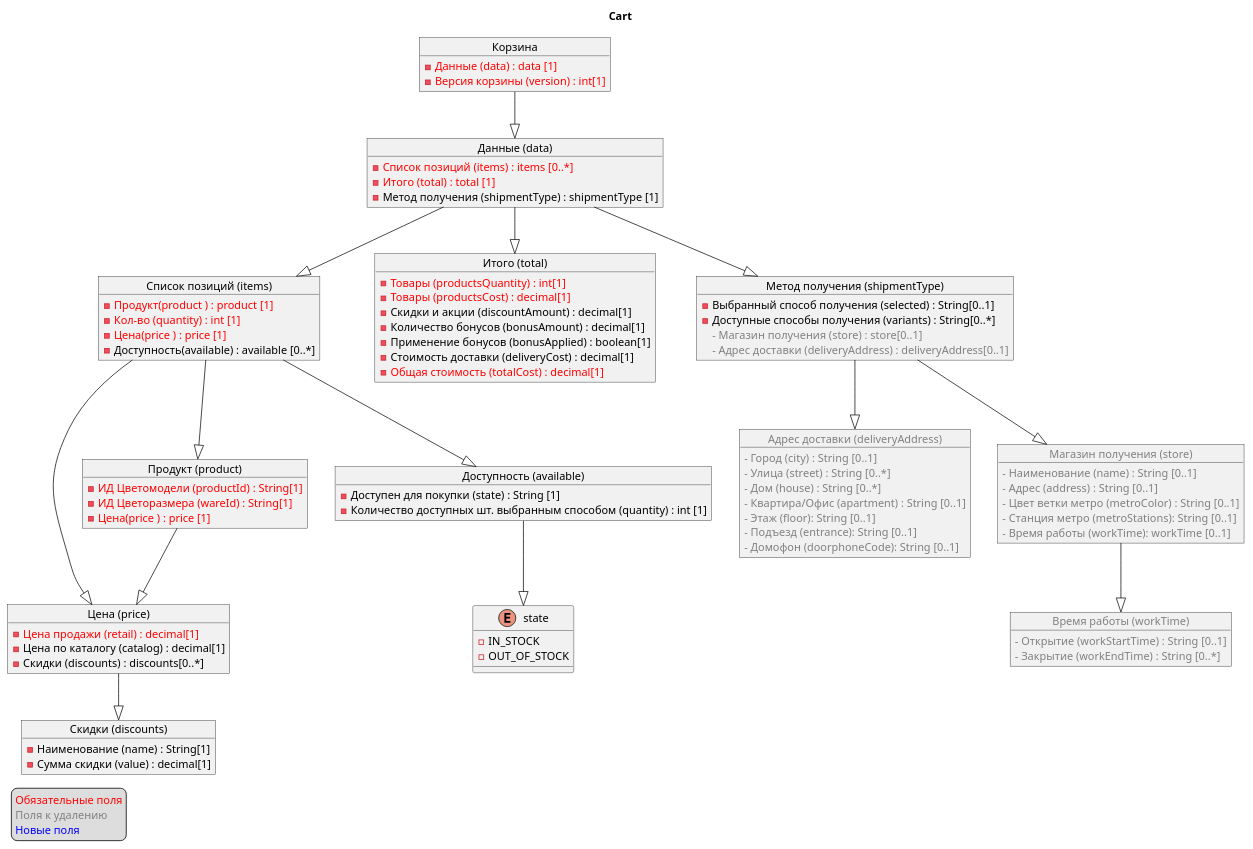
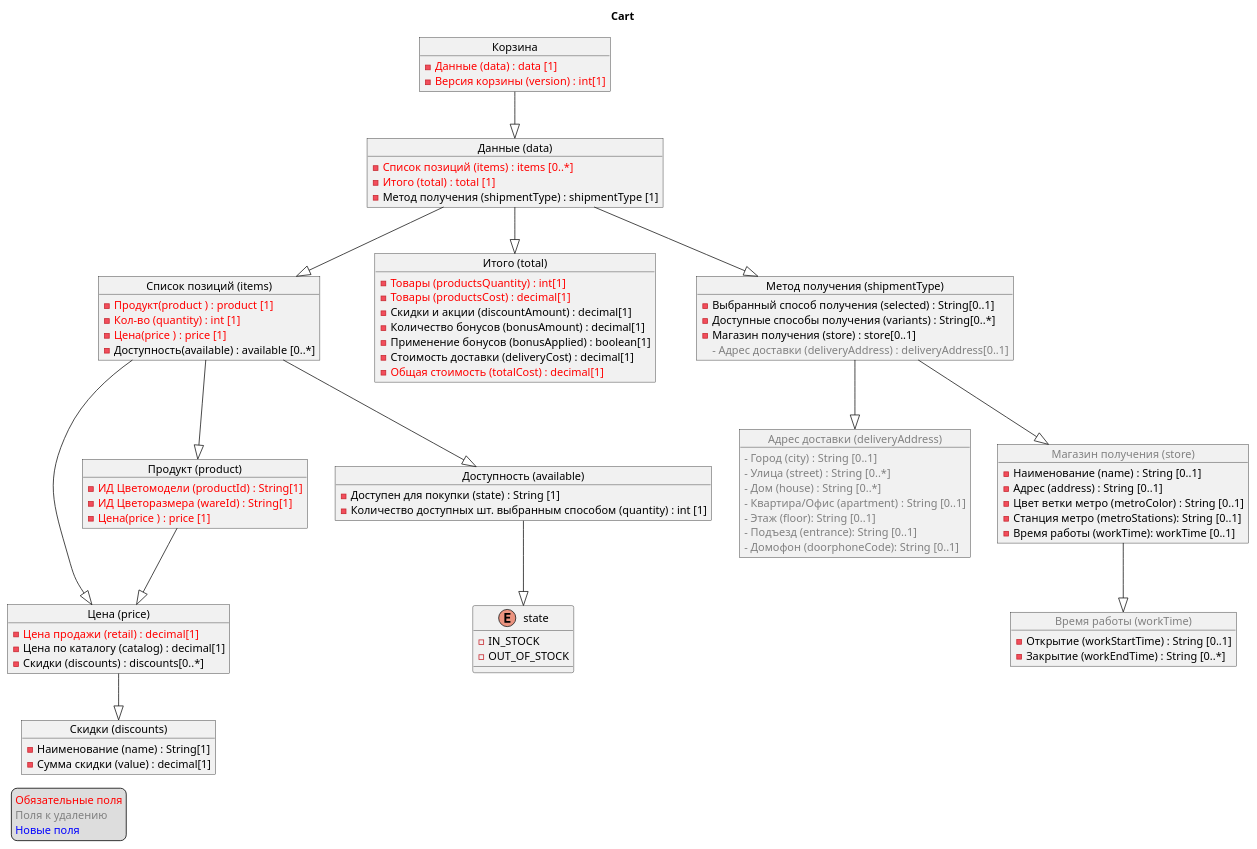
Before and after one commit to ViKt0R-K/plantuml: the diagram in cart/cart.puml, drawn with PlantUML.

Commit message:
добавил самовывоз

```diff
--- a/cart/cart.puml
+++ b/cart/cart.puml
@@ -1,101 +1,101 @@
 @startuml
 
 title Cart
 
 object "Корзина" as cart
 object "Список позиций (items)" as items
 object "Итого (total)" as total
 object "Цена (price)" as price
 object "Метод получения (shipmentType)" as shipmentType
 object "<font color=grey>Адрес доставки (deliveryAddress)" as deliveryAddress
 object "<font color=grey>Магазин получения (store)" as store
 object "Доступность (available)" as available
 object "<font color=grey>Время работы (workTime)" as workTime
 object "Продукт (product)" as product
 object "Скидки (discounts)" as discounts
 object "Данные (data)" as data
 
 cart --|>data
 data --|>items
 data --|>total
 data --|>shipmentType
 items --|>price
 items --|>available
 items --|>product
 product --|>price
 shipmentType --|>store
 shipmentType --|>deliveryAddress
 store --|>workTime
 available --|> state
 price --|> discounts
 
 
 cart : - <font color=red>Данные (data) : data [1]
 cart : - <font color=red>Версия корзины (version) : int[1]
 
 data : - <font color=red>Список позиций (items) : items [0..*]
 data : - <font color=red>Итого (total) : total [1]
 data : - Метод получения (shipmentType) : shipmentType [1]
 
 product : - <font color=red>ИД Цветомодели (productId) : String[1]
 product : - <font color=red>ИД Цветоразмера (wareId) : String[1]
 product : - <font color=red>Цена(price ) : price [1]
 
 items : - <font color=red>Продукт(product ) : product [1]
 items : - <font color=red>Кол-во (quantity) : int [1]
 items : - <font color=red>Цена(price ) : price [1]
 items : - Доступность(available) : available [0..*]
 
 
 price : - <font color=red>Цена продажи (retail) : decimal[1]
 price : - Цена по каталогу (catalog) : decimal[1]
 price : - Скидки (discounts) : discounts[0..*]
 
 discounts : - Наименование (name) : String[1]
 discounts : - Сумма скидки (value) : decimal[1]
 
 available : - Доступен для покупки (state) : String [1]
 available : - Количество доступных шт. выбранным способом (quantity) : int [1]
 
 enum state {
     - IN_STOCK
     - OUT_OF_STOCK
 }
 
 total : - <font color=red>Товары (productsQuantity) : int[1]
 total : - <font color=red>Товары (productsCost) : decimal[1]
 total : - Скидки и акции (discountAmount) : decimal[1]
 total : - Количество бонусов (bonusAmount) : decimal[1]
 total : - Применение бонусов (bonusApplied) : boolean[1]
 total : - Стоимость доставки (deliveryCost) : decimal[1]
 total : - <font color=red>Общая стоимость (totalCost) : decimal[1]
 
 shipmentType : - Выбранный способ получения (selected) : String[0..1]
 shipmentType : - Доступные способы получения (variants) : String[0..*]
-shipmentType : <font color=grey>- Магазин получения (store) : store[0..1]
+shipmentType : - Магазин получения (store) : store[0..1]
 shipmentType : <font color=grey>- Адрес доставки (deliveryAddress) : deliveryAddress[0..1]
 
-store : <font color=grey>- Наименование (name) : String [0..1]
-store : <font color=grey>- Адрес (address) : String [0..1]
-store : <font color=grey>- Цвет ветки метро (metroColor) : String [0..1]
-store : <font color=grey>- Станция метро (metroStations): String [0..1]
-store : <font color=grey>- Время работы (workTime): workTime [0..1]
+store : - Наименование (name) : String [0..1]
+store : - Адрес (address) : String [0..1]
+store : - Цвет ветки метро (metroColor) : String [0..1]
+store : - Станция метро (metroStations): String [0..1]
+store : - Время работы (workTime): workTime [0..1]
 
-workTime : <font color=grey>- Открытие (workStartTime) : String [0..1]
-workTime : <font color=grey>- Закрытие (workEndTime) : String [0..*]
+workTime : - Открытие (workStartTime) : String [0..1]
+workTime : - Закрытие (workEndTime) : String [0..*]
 
 deliveryAddress : <font color=grey>- Город (city) : String [0..1]
 deliveryAddress : <font color=grey>- Улица (street) : String [0..*]
 deliveryAddress : <font color=grey>- Дом (house) : String [0..*]
 deliveryAddress : <font color=grey>- Квартира/Офис (apartment) : String [0..1]
 deliveryAddress : <font color=grey>- Этаж (floor): String [0..1]
 deliveryAddress : <font color=grey>- Подъезд (entrance): String [0..1]
 deliveryAddress : <font color=grey>- Домофон (doorphoneCode): String [0..1]
 
 legend left
 <font color=red>Обязательные поля</font>
 <font color=grey>Поля к удалению</font>
 <font color=blue>Новые поля</font>
 endlegend
 
 @enduml
```
